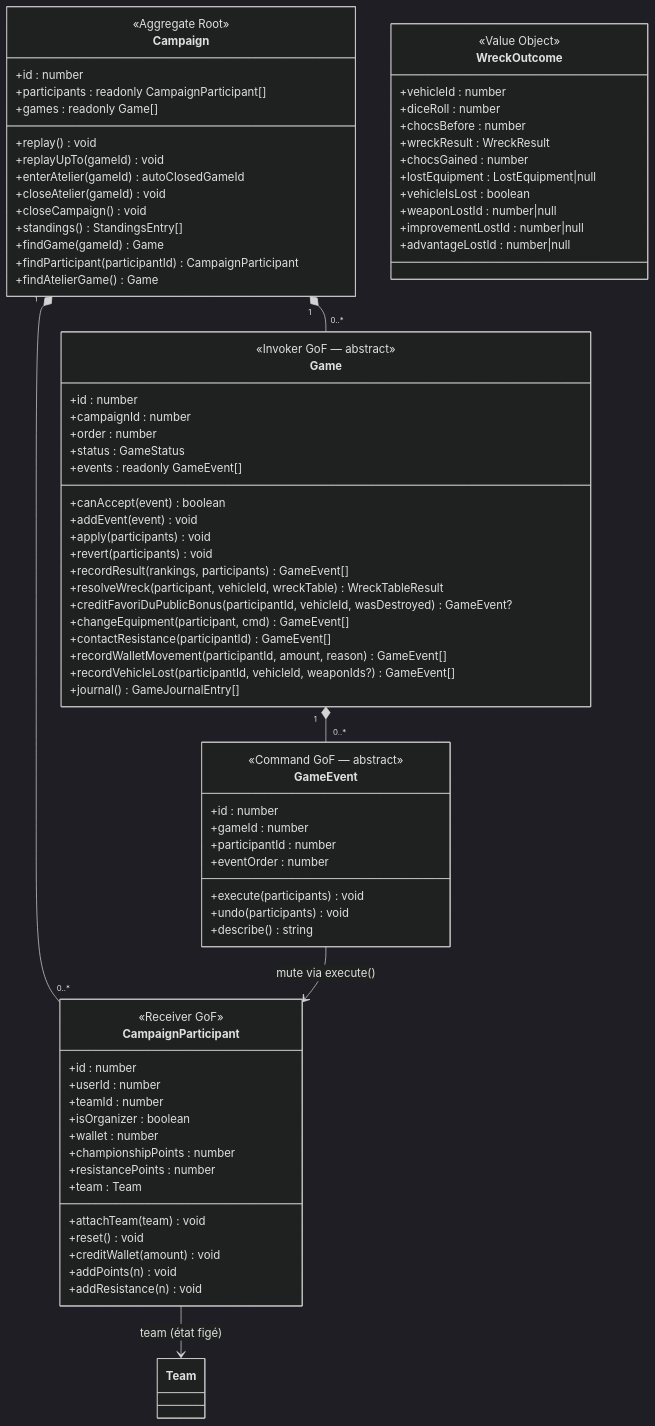
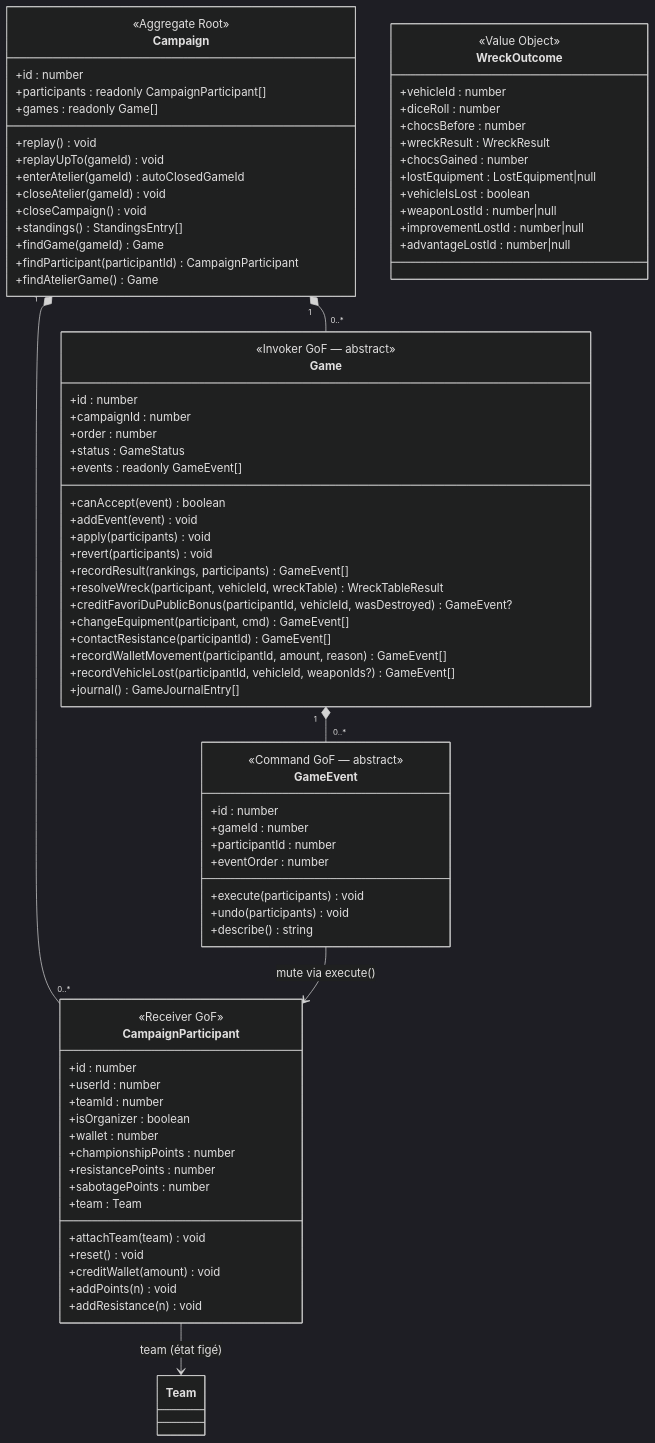
The fourth of 4 diagrams in docs/DOMAIN_MODEL.md (arnaudbracchetti/gaslands-manager), drawn with Mermaid (dark theme) before and after one commit. The commit also changed other lines of this file and 41 other files, not shown here.

First line of the commit message:
feat(campaign): expose le compteur de points de sabotage et sa depense en fin de partie

```diff
--- a/docs/DOMAIN_MODEL.md
+++ b/docs/DOMAIN_MODEL.md
@@ -665,6 +666,7 @@
         +wallet : number
         +championshipPoints : number
         +resistancePoints : number
+        +sabotagePoints : number
         +team : Team
         +attachTeam(team) void
         +reset() void
```
